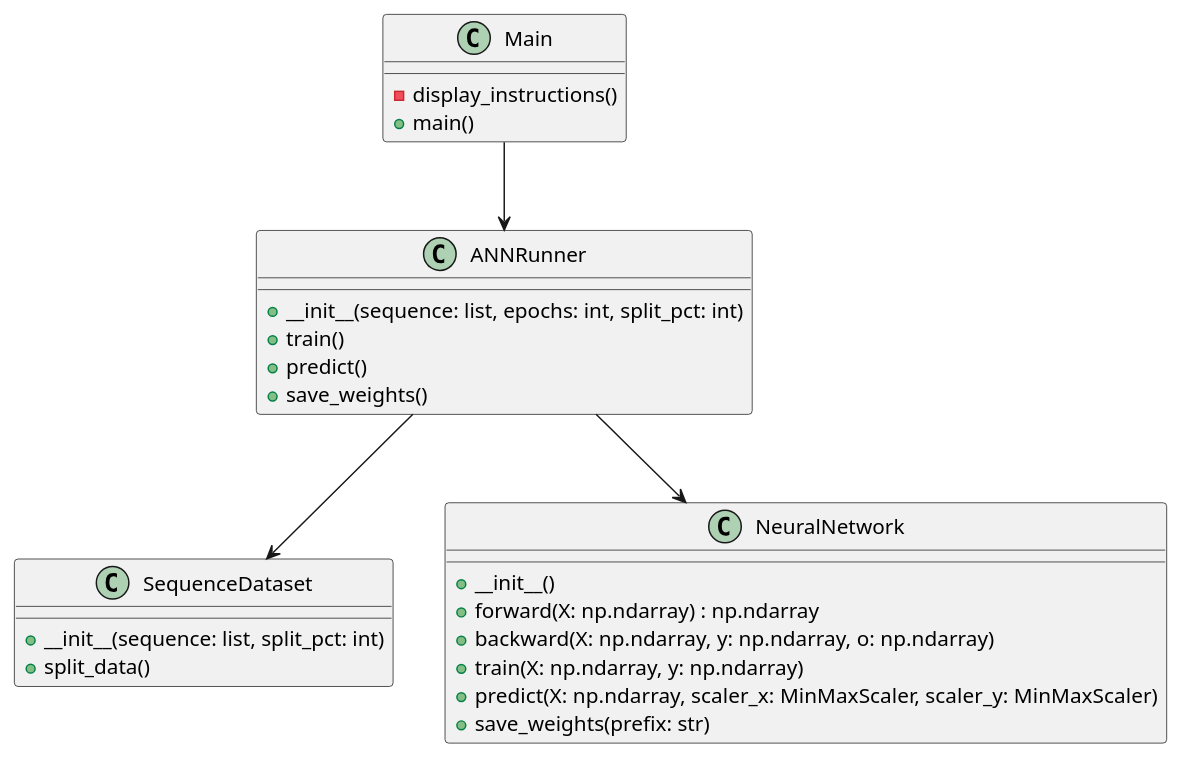
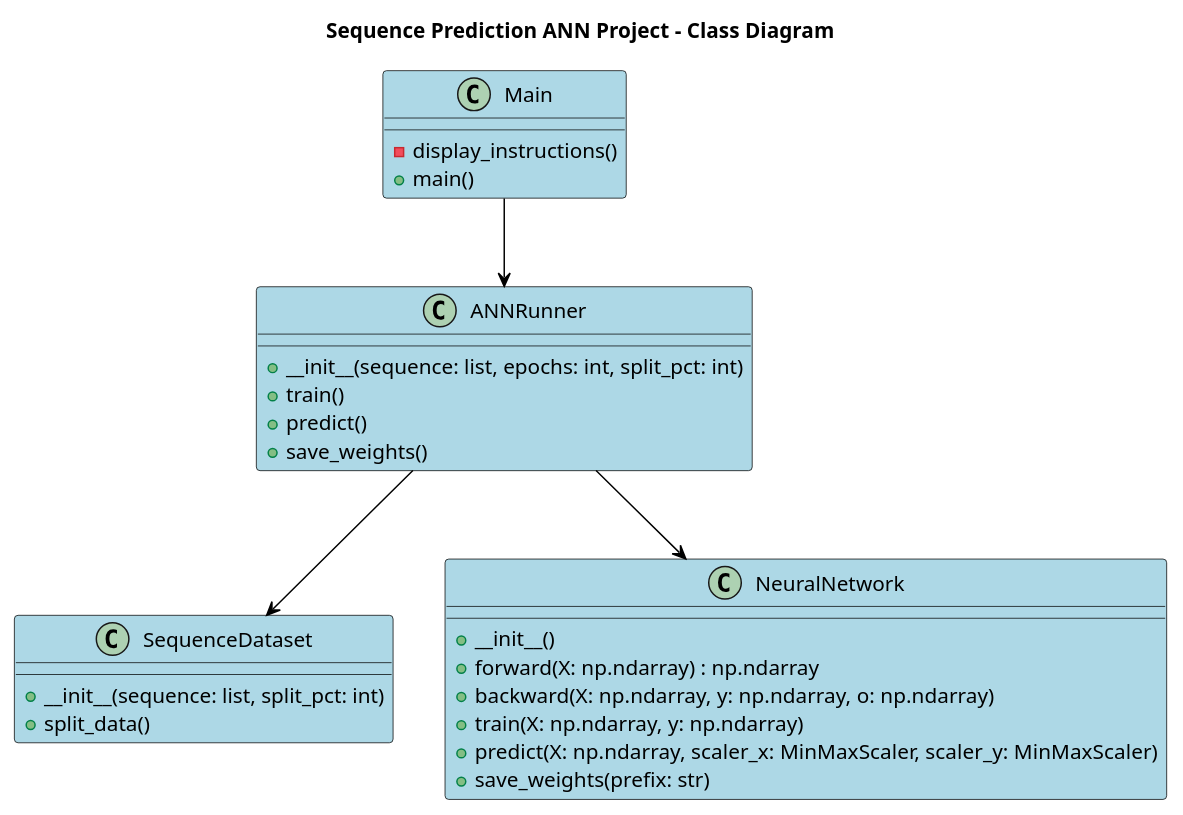
One commit to sminerport/sequence-prediction-ann changed the diagram in uml/src/class.puml. Above: the diagram before and after it, drawn with PlantUML. The commit also changed 3 other files, not shown here.

Commit message:
add class diagrams - updated

```diff
--- a/uml/src/class.puml
+++ b/uml/src/class.puml
@@ -1,31 +1,44 @@
 @startuml
+
+
+skinparam class {
+    BackgroundColor lightBlue
+    BorderColor black
+    ArrowColor black
+    FontName Arial
+}
+
+
+title Sequence Prediction ANN Project - Class Diagram
+
 class Main {
   -display_instructions()
   +main()
 }
 
 class ANNRunner {
   +__init__(sequence: list, epochs: int, split_pct: int)
   +train()
   +predict()
   +save_weights()
 }
 
 class SequenceDataset {
   +__init__(sequence: list, split_pct: int)
   +split_data()
 }
 
 class NeuralNetwork {
   +__init__()
   +forward(X: np.ndarray) : np.ndarray
   +backward(X: np.ndarray, y: np.ndarray, o: np.ndarray)
   +train(X: np.ndarray, y: np.ndarray)
   +predict(X: np.ndarray, scaler_x: MinMaxScaler, scaler_y: MinMaxScaler)
   +save_weights(prefix: str)
 }
 
 Main --> ANNRunner
 ANNRunner --> SequenceDataset
 ANNRunner --> NeuralNetwork
+
 @enduml
```
